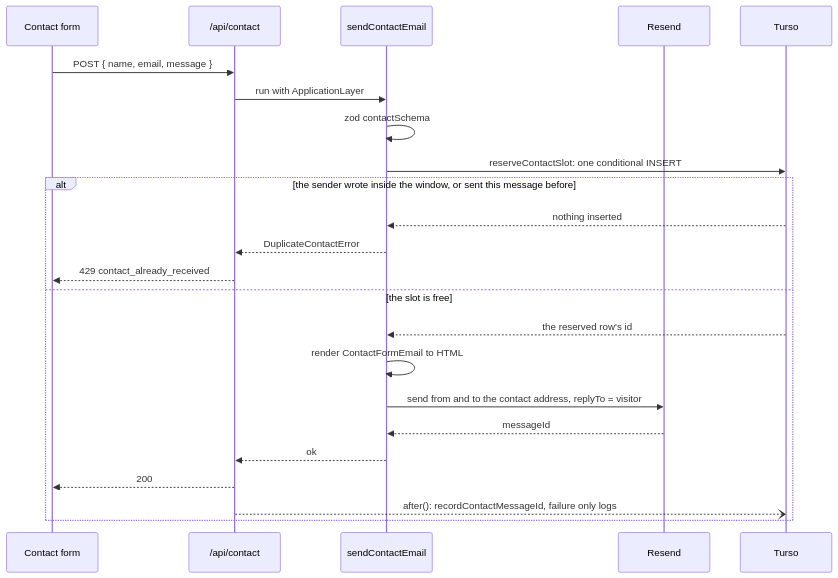
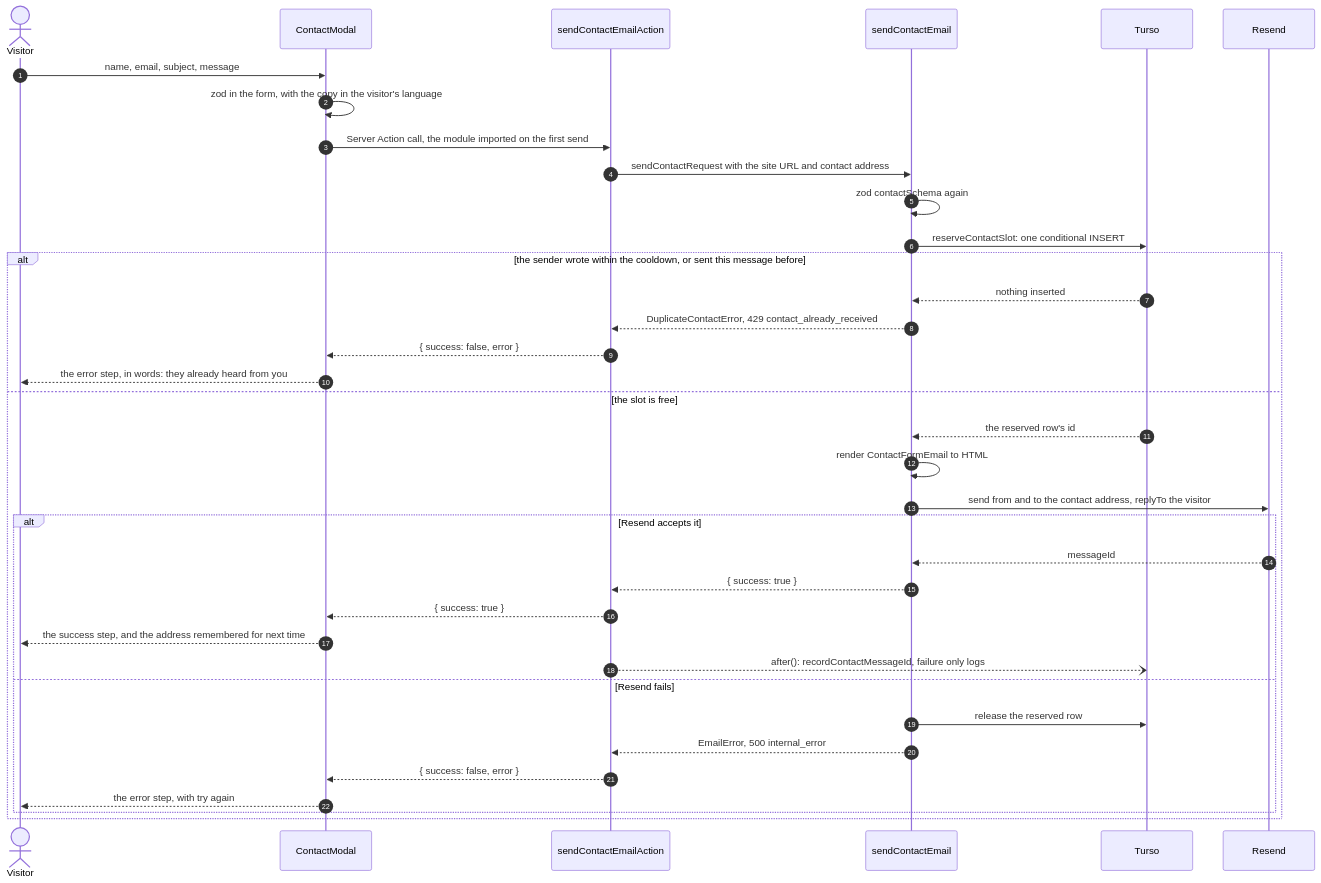
Before and after one commit to fbuireu/forever-pto: the diagram in apps/docs/src/content/docs/how-it-works/emails.mdx, drawn with Mermaid. The commit also changed other lines of this file and 22 other files, not shown here.

````diff
--- a/apps/docs/src/content/docs/how-it-works/emails.mdx
+++ b/apps/docs/src/content/docs/how-it-works/emails.mdx
@@ -17,30 +19,43 @@
 ```mermaid
 ---
 config:
   look: handDrawn
   layout: dagre
 ---
 sequenceDiagram
-  participant U as Contact form
-  participant R as /api/contact
+  autonumber
+  actor V as Visitor
+  participant M as ContactModal
+  participant SA as sendContactEmailAction
   participant UC as sendContactEmail
+  participant DB as Turso
   participant RS as Resend
-  participant DB as Turso
-  U->>R: POST { name, email, message }
-  R->>UC: run with ApplicationLayer
-  UC->>UC: zod contactSchema
+  V->>M: name, email, subject, message
+  M->>M: zod in the form, with the copy in the visitor's language
+  M->>SA: Server Action call, the module imported on the first send
+  SA->>UC: sendContactRequest with the site URL and contact address
+  UC->>UC: zod contactSchema again
   UC->>DB: reserveContactSlot: one conditional INSERT
-  alt the sender wrote inside the window, or sent this message before
+  alt the sender wrote within the cooldown, or sent this message before
     DB-->>UC: nothing inserted
-    UC-->>R: DuplicateContactError
-    R-->>U: 429 contact_already_received
+    UC-->>SA: DuplicateContactError, 429 contact_already_received
+    SA-->>M: { success: false, error }
+    M-->>V: the error step, in words: they already heard from you
   else the slot is free
     DB-->>UC: the reserved row's id
     UC->>UC: render ContactFormEmail to HTML
-    UC->>RS: send from and to the contact address, replyTo = visitor
-    RS-->>UC: messageId
-    UC-->>R: ok
-    R-->>U: 200
-    R--)DB: after(): recordContactMessageId, failure only logs
+    UC->>RS: send from and to the contact address, replyTo the visitor
+    alt Resend accepts it
+      RS-->>UC: messageId
+      UC-->>SA: { success: true }
+      SA-->>M: { success: true }
+      M-->>V: the success step, and the address remembered for next time
+      SA--)DB: after(): recordContactMessageId, failure only logs
+    else Resend fails
+      UC->>DB: release the reserved row
+      UC-->>SA: EmailError, 500 internal_error
+      SA-->>M: { success: false, error }
+      M-->>V: the error step, with try again
+    end
   end
 ```
````
